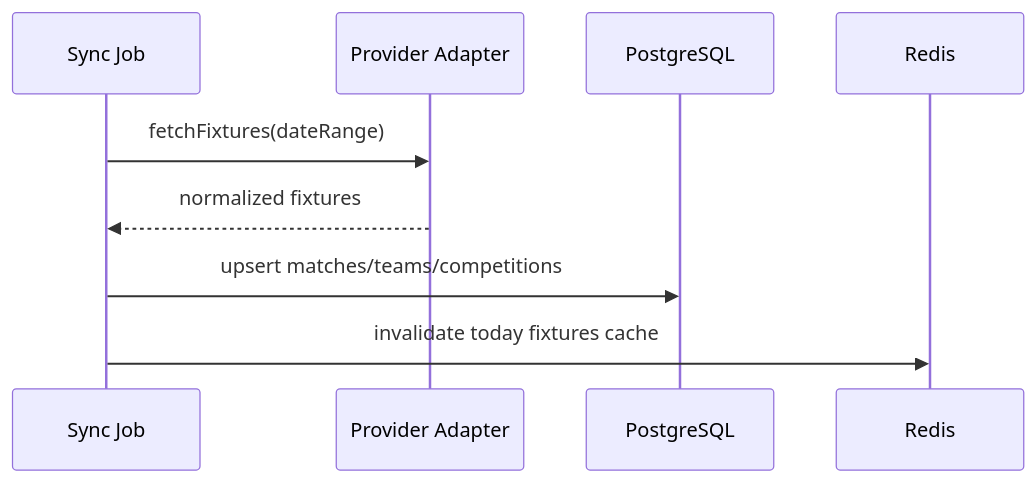
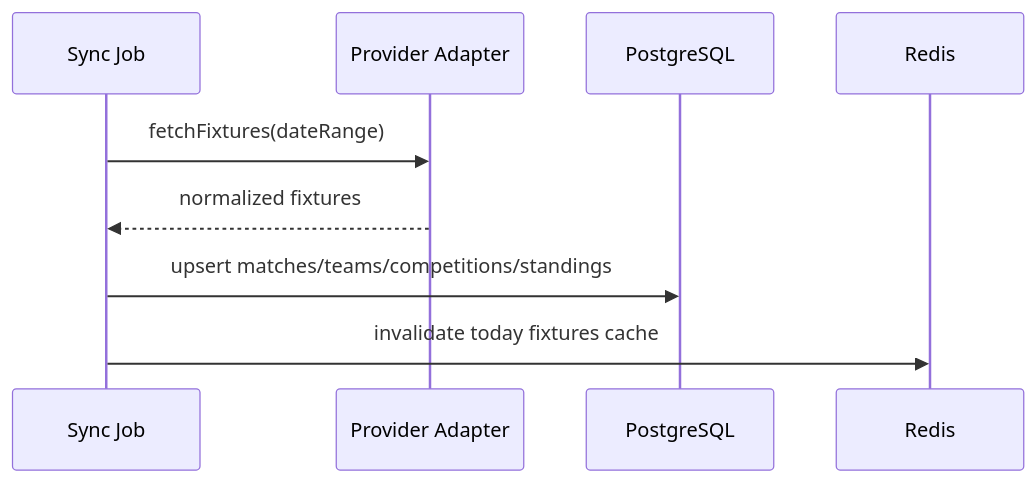
Before and after one commit to cattoldme/openscore: the second of 5 diagrams in docs/ARCHITECTURE.md, drawn with Mermaid. The commit also changed other lines of this file and 12 other files, not shown here.

````diff
--- a/docs/ARCHITECTURE.md
+++ b/docs/ARCHITECTURE.md
@@ -185,12 +190,12 @@
 ```mermaid
 sequenceDiagram
   participant Job as Sync Job
   participant Provider as Provider Adapter
   participant DB as PostgreSQL
   participant Cache as Redis
 
   Job->>Provider: fetchFixtures(dateRange)
   Provider-->>Job: normalized fixtures
-  Job->>DB: upsert matches/teams/competitions
+  Job->>DB: upsert matches/teams/competitions/standings
   Job->>Cache: invalidate today fixtures cache
 ```
````
